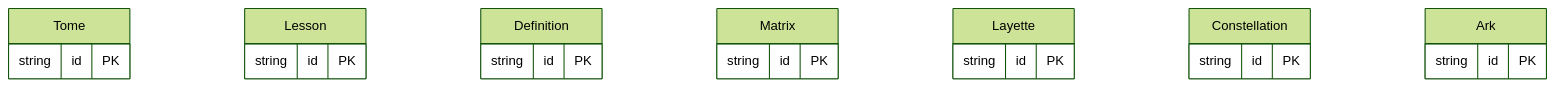
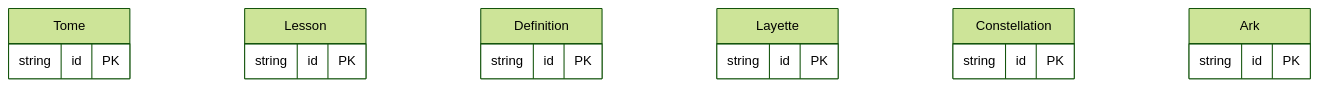
One commit to bkalaf/echoes-of-eidolon changed the diagram in docs/architecture/mermaid/entity/e24-narrative-reference-catalog.mmd. Above: the diagram before and after it, drawn with Mermaid (forest theme). The commit also changed 31 other files, not shown here.

```diff
--- a/docs/architecture/mermaid/entity/e24-narrative-reference-catalog.mmd
+++ b/docs/architecture/mermaid/entity/e24-narrative-reference-catalog.mmd
@@ -1,23 +1,20 @@
 %% Narrative reference catalog
 erDiagram
   Tome {
     string id PK
   }
   Lesson {
     string id PK
   }
   Definition {
     string id PK
   }
-  Matrix {
-    string id PK
-  }
   Layette {
     string id PK
   }
   Constellation {
     string id PK
   }
   Ark {
     string id PK
   }
```
